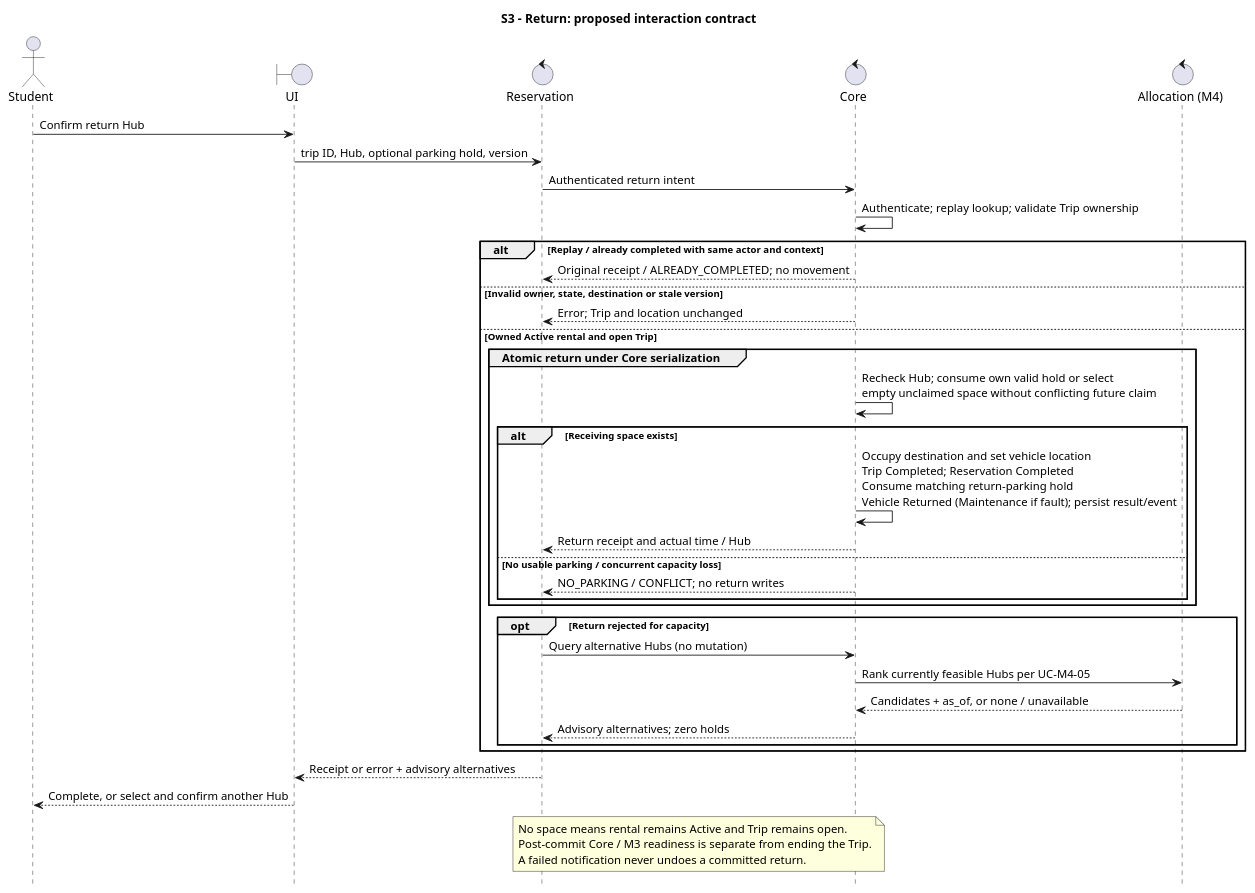
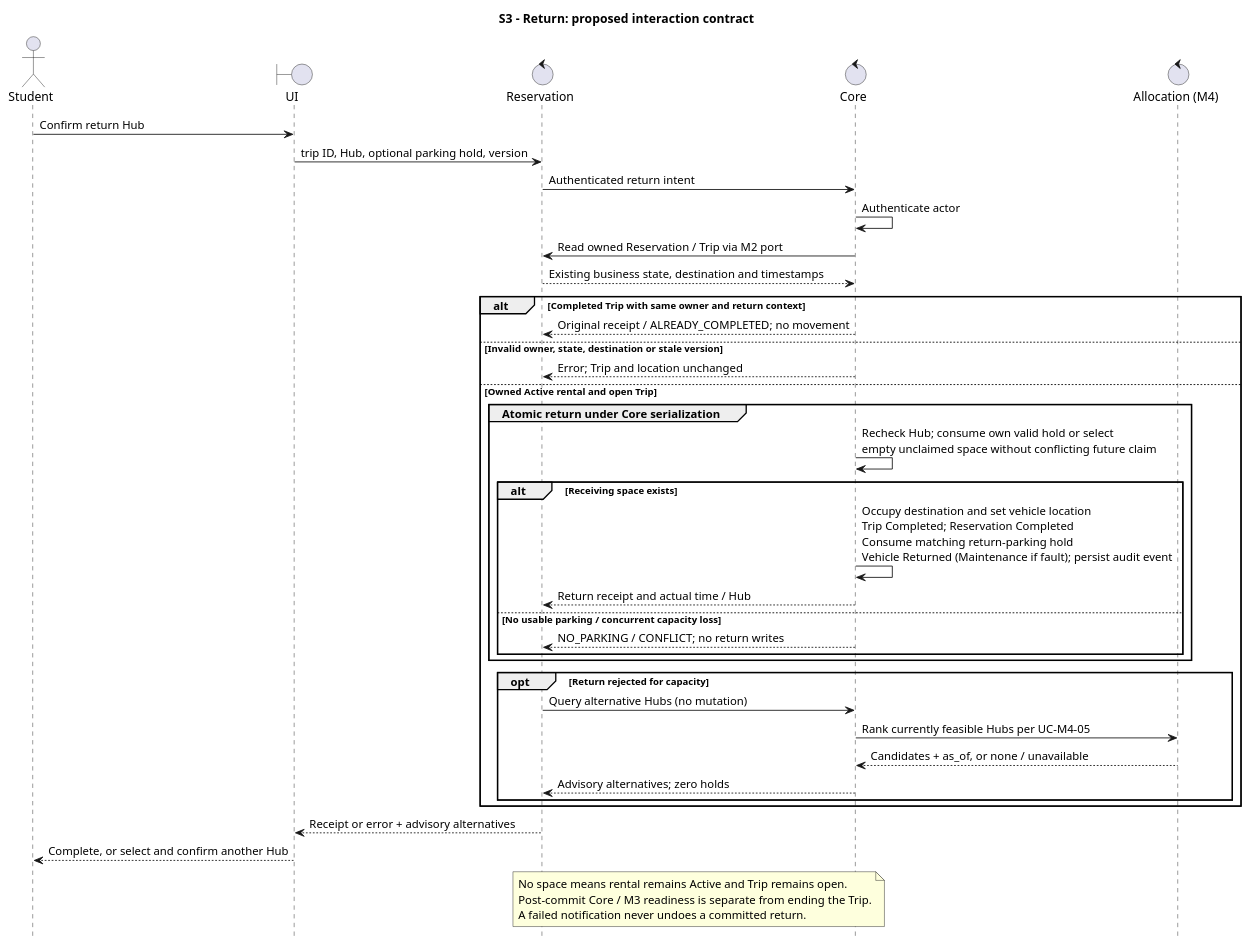
Before and after one commit to MabC06/smart-e-mobility-hub: the diagram in docs/design/behavioral/reservation-diagrams/s3-return.puml, drawn with PlantUML. The commit also changed 14 other files, not shown here.

```diff
--- a/docs/design/behavioral/reservation-diagrams/s3-return.puml
+++ b/docs/design/behavioral/reservation-diagrams/s3-return.puml
@@ -1,43 +1,45 @@
 @startuml
 title S3 - Return: proposed interaction contract
 skinparam shadowing false
 skinparam defaultFontName Arial
 hide footbox
 actor Student
 boundary UI
 control Reservation
 control Core
 control "Allocation (M4)" as Allocation
 Student -> UI: Confirm return Hub
 UI -> Reservation: trip ID, Hub, optional parking hold, version
 Reservation -> Core: Authenticated return intent
-Core -> Core: Authenticate; replay lookup; validate Trip ownership
-alt Replay / already completed with same actor and context
+Core -> Core: Authenticate actor
+Core -> Reservation: Read owned Reservation / Trip via M2 port
+Reservation --> Core: Existing business state, destination and timestamps
+alt Completed Trip with same owner and return context
   Core --> Reservation: Original receipt / ALREADY_COMPLETED; no movement
 else Invalid owner, state, destination or stale version
   Core --> Reservation: Error; Trip and location unchanged
 else Owned Active rental and open Trip
   group Atomic return under Core serialization
     Core -> Core: Recheck Hub; consume own valid hold or select\nempty unclaimed space without conflicting future claim
     alt Receiving space exists
-      Core -> Core: Occupy destination and set vehicle location\nTrip Completed; Reservation Completed\nConsume matching return-parking hold\nVehicle Returned (Maintenance if fault); persist result/event
+      Core -> Core: Occupy destination and set vehicle location\nTrip Completed; Reservation Completed\nConsume matching return-parking hold\nVehicle Returned (Maintenance if fault); persist audit event
       Core --> Reservation: Return receipt and actual time / Hub
     else No usable parking / concurrent capacity loss
       Core --> Reservation: NO_PARKING / CONFLICT; no return writes
     end
   end
   opt Return rejected for capacity
     Reservation -> Core: Query alternative Hubs (no mutation)
     Core -> Allocation: Rank currently feasible Hubs per UC-M4-05
     Allocation --> Core: Candidates + as_of, or none / unavailable
     Core --> Reservation: Advisory alternatives; zero holds
   end
 end
 Reservation --> UI: Receipt or error + advisory alternatives
 UI --> Student: Complete, or select and confirm another Hub
 note over Reservation,Core
   No space means rental remains Active and Trip remains open.
   Post-commit Core / M3 readiness is separate from ending the Trip.
   A failed notification never undoes a committed return.
 end note
 @enduml
```
